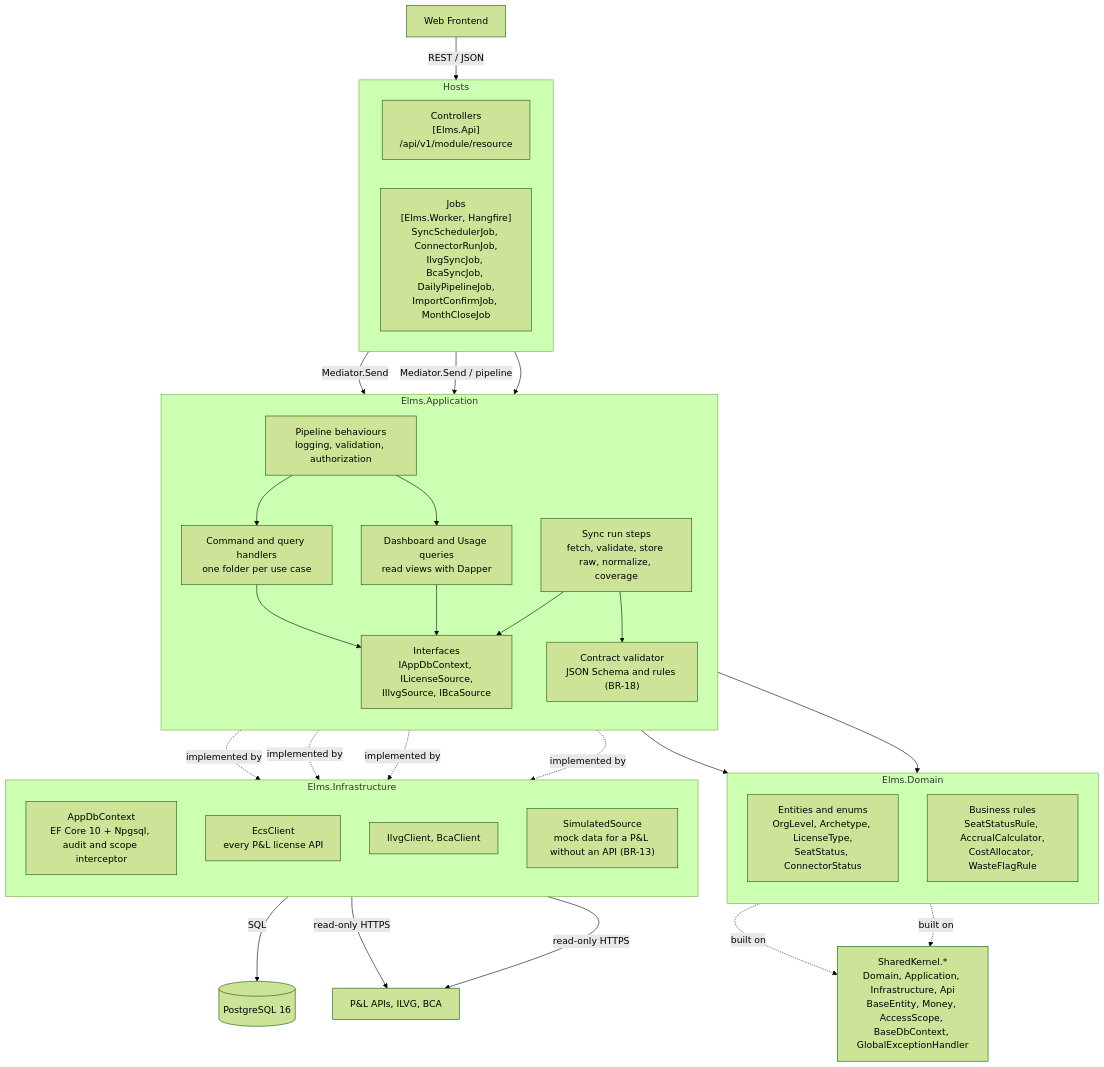
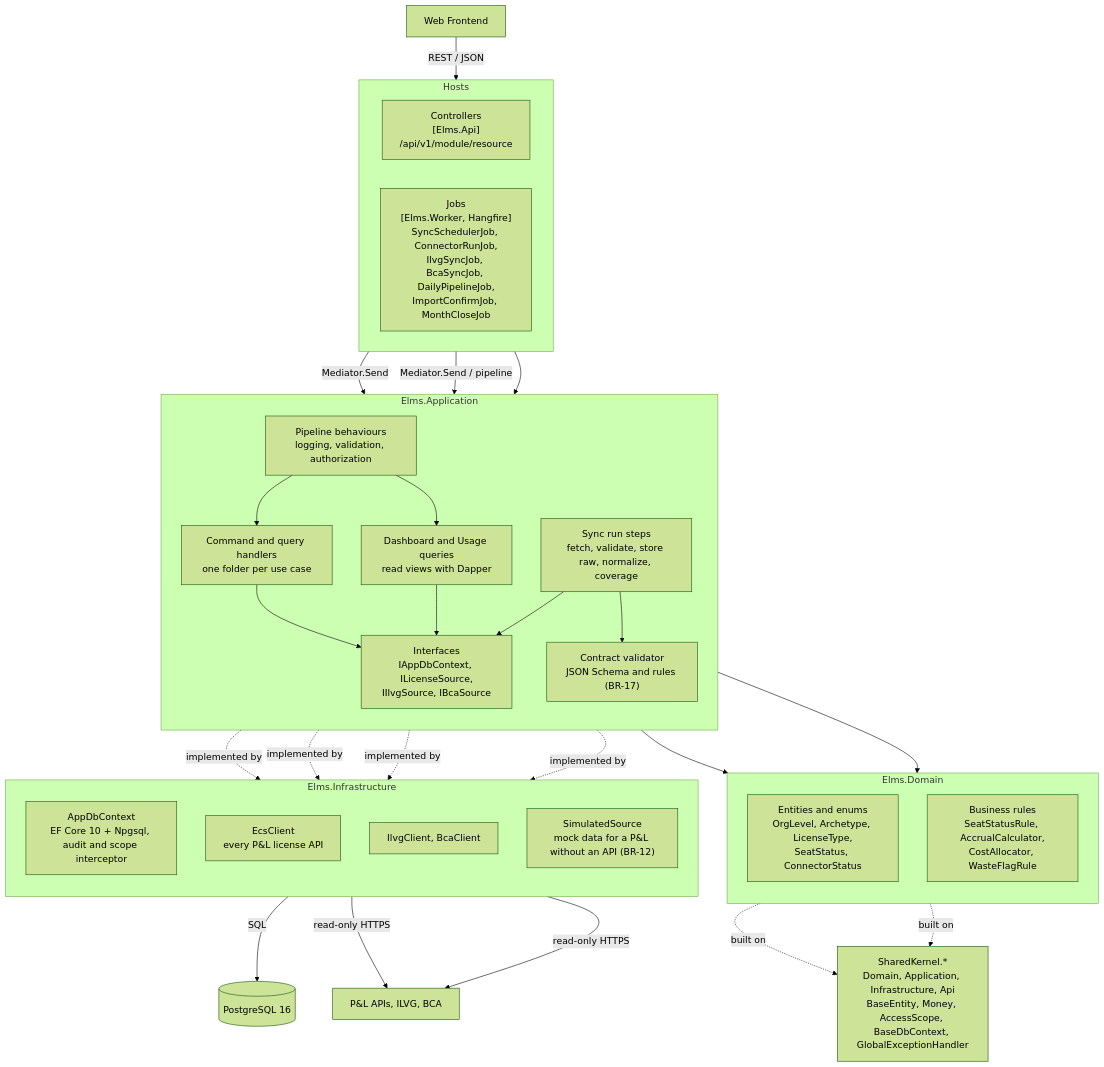
Before and after one commit to cuonglpv/VFast: the third of 7 diagrams in docs/07-c4-architecture.md, drawn with Mermaid (forest theme). The commit also changed other lines of this file and 19 other files, not shown here.

First line of the commit message:
docs: merge use cases into 12 large flows and drop the forecast

````diff
--- a/docs/07-c4-architecture.md
+++ b/docs/07-c4-architecture.md
@@ -157,60 +157,60 @@
 ```mermaid
 flowchart TB
     spa["Web Frontend"]
     db[("PostgreSQL 16")]
     sources["P&L APIs, ILVG, BCA"]
 
     subgraph hosts["Hosts"]
         direction LR
         ctrl["Controllers<br/>[Elms.Api]<br/>/api/v1/module/resource"]
         jobs["Jobs<br/>[Elms.Worker, Hangfire]<br/>SyncSchedulerJob, ConnectorRunJob,<br/>IlvgSyncJob, BcaSyncJob, DailyPipelineJob,<br/>ImportConfirmJob, MonthCloseJob"]
     end
 
     subgraph app["Elms.Application"]
         direction TB
         pipe["Pipeline behaviours<br/>logging, validation, authorization"]
         handlers["Command and query handlers<br/>one folder per use case"]
         analytics["Dashboard and Usage queries<br/>read views with Dapper"]
         ingest["Sync run steps<br/>fetch, validate, store raw, normalize, coverage"]
-        ecsval["Contract validator<br/>JSON Schema and rules (BR-18)"]
+        ecsval["Contract validator<br/>JSON Schema and rules (BR-17)"]
         ifaces["Interfaces<br/>IAppDbContext, ILicenseSource,<br/>IIlvgSource, IBcaSource"]
     end
 
     subgraph domain["Elms.Domain"]
         direction TB
         entities["Entities and enums<br/>OrgLevel, Archetype, LicenseType,<br/>SeatStatus, ConnectorStatus"]
         rules["Business rules<br/>SeatStatusRule, AccrualCalculator,<br/>CostAllocator, WasteFlagRule"]
     end
 
     subgraph infra["Elms.Infrastructure"]
         direction TB
         efctx["AppDbContext<br/>EF Core 10 + Npgsql, audit and scope interceptor"]
         ecshttp["EcsClient<br/>every P&L license API"]
         hr["IlvgClient, BcaClient"]
-        sim["SimulatedSource<br/>mock data for a P&L without an API (BR-13)"]
+        sim["SimulatedSource<br/>mock data for a P&L without an API (BR-12)"]
     end
 
     kernel["SharedKernel.*<br/>Domain, Application, Infrastructure, Api<br/>BaseEntity, Money, AccessScope, BaseDbContext, GlobalExceptionHandler"]
 
     spa -- "REST / JSON" --> ctrl
     ctrl -- "Mediator.Send" --> pipe
     jobs -- "Mediator.Send / pipeline" --> pipe
     jobs --> ingest
     pipe --> handlers
     pipe --> analytics
     handlers --> rules
     handlers --> entities
     handlers --> ifaces
     analytics --> ifaces
     ingest --> ifaces
     ingest --> ecsval
     ifaces -. "implemented by" .-> efctx
     ifaces -. "implemented by" .-> ecshttp
     ifaces -. "implemented by" .-> hr
     ifaces -. "implemented by" .-> sim
     efctx -- "SQL" --> db
     ecshttp -- "read-only HTTPS" --> sources
     hr -- "read-only HTTPS" --> sources
     entities -. "built on" .-> kernel
     rules -. "built on" .-> kernel
 ```
````
